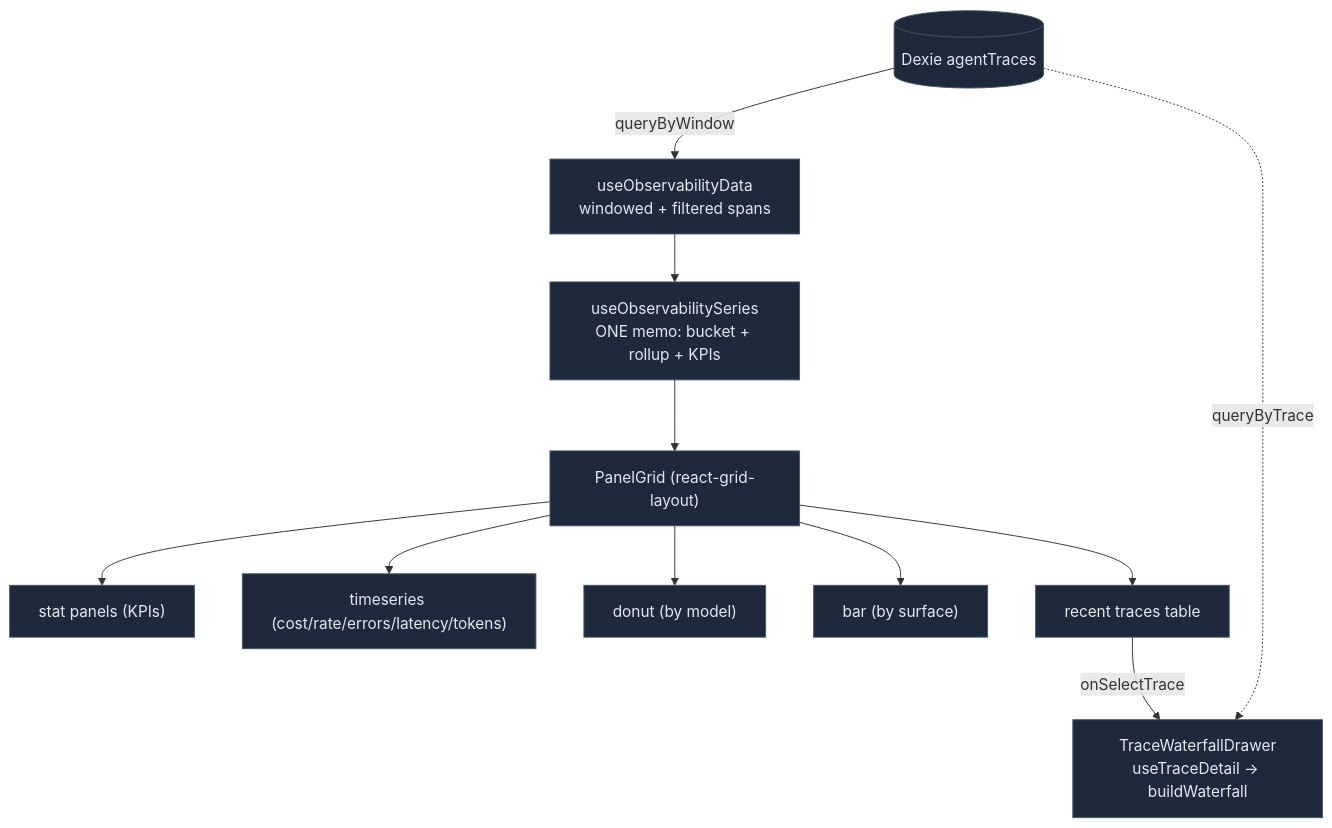
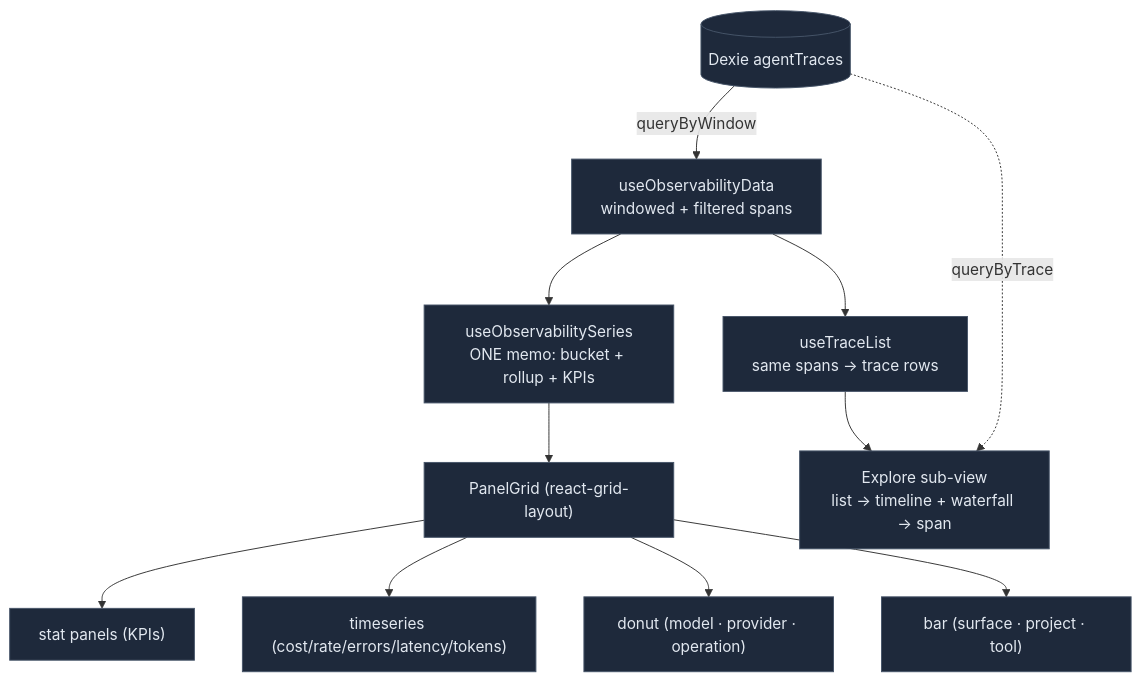
One commit to MaxQian888/cognia-next changed the diagram in docs/content/docs/en/subsystems/observability/tracing-dashboard.mdx. Above: the diagram before and after it, drawn with Mermaid. The commit also changed other lines of this file and 33 other files, not shown here.

````diff
--- a/docs/content/docs/en/subsystems/observability/tracing-dashboard.mdx
+++ b/docs/content/docs/en/subsystems/observability/tracing-dashboard.mdx
@@ -50,17 +53,17 @@
 ```mermaid
 flowchart TB
   Dexie[("Dexie agentTraces")]
   Dexie -->|"queryByWindow"| Data["useObservabilityData<br/>windowed + filtered spans"]
   Data --> Series["useObservabilitySeries<br/>ONE memo: bucket + rollup + KPIs"]
   Series --> Grid["PanelGrid (react-grid-layout)"]
   Grid --> P1["stat panels (KPIs)"]
   Grid --> P2["timeseries (cost/rate/errors/latency/tokens)"]
-  Grid --> P3["donut (by model)"]
-  Grid --> P4["bar (by surface)"]
-  Grid --> P5["recent traces table"]
-  P5 -->|"onSelectTrace"| Drawer["TraceWaterfallDrawer<br/>useTraceDetail → buildWaterfall"]
-  Dexie -.->|"queryByTrace"| Drawer
+  Grid --> P3["donut (model · provider · operation)"]
+  Grid --> P4["bar (surface · project · tool)"]
+  Data --> List["useTraceList<br/>same spans → trace rows"]
+  List --> Explore["Explore sub-view<br/>list → timeline + waterfall → span"]
+  Dexie -.->|"queryByTrace"| Explore
 
   classDef box fill:#1e293b,stroke:#475569,color:#e2e8f0
-  class Dexie,Data,Series,Grid,P1,P2,P3,P4,P5,Drawer box
+  class Dexie,Data,Series,Grid,P1,P2,P3,P4,List,Explore box
 ```
````
